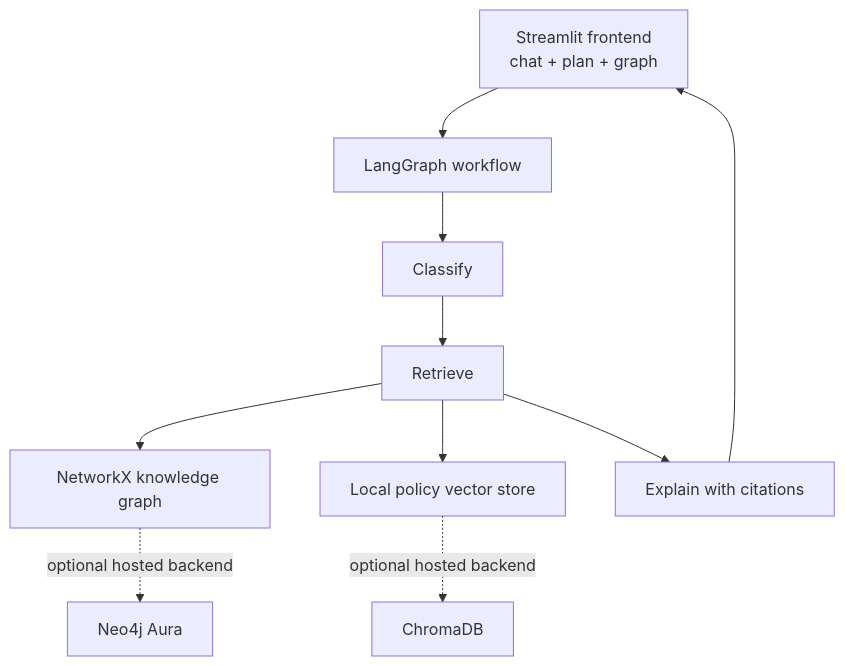
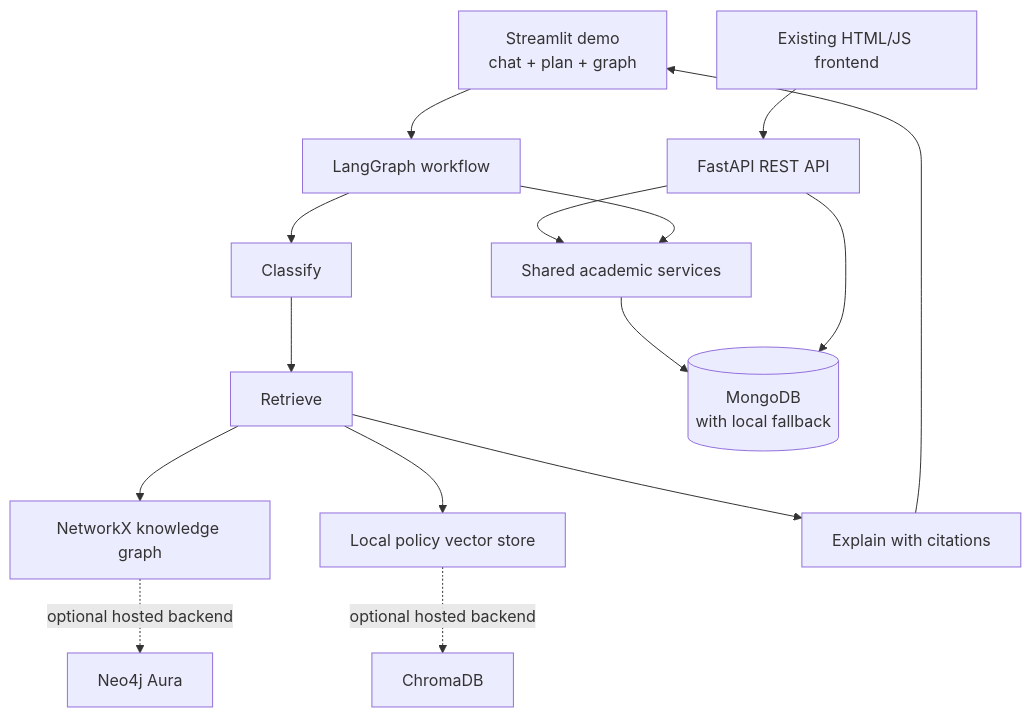
The diagram in ARCHITECTURE.md (saikarthikreddy01/ispark), drawn with Mermaid before and after one commit. The commit also changed other lines of this file, not shown here.

````diff
--- a/ARCHITECTURE.md
+++ b/ARCHITECTURE.md
@@ -20,12 +36,17 @@
 ```mermaid
 flowchart TD
-    UI[Streamlit frontend\nchat + plan + graph] --> WG[LangGraph workflow]
+  UI[Streamlit demo\nchat + plan + graph] --> WG[LangGraph workflow]
+  OLD[Existing HTML/JS frontend] --> API[FastAPI REST API]
+  API --> SVC[Shared academic services]
+  WG --> SVC
     WG --> C[Classify]
     C --> R[Retrieve]
     R --> G[NetworkX knowledge graph]
     R --> V[Local policy vector store]
     R --> E[Explain with citations]
     E --> UI
+  SVC --> DB[(MongoDB\nwith local fallback)]
+  API --> DB
     G -. optional hosted backend .-> N[Neo4j Aura]
     V -. optional hosted backend .-> CH[ChromaDB]
 ```
````
